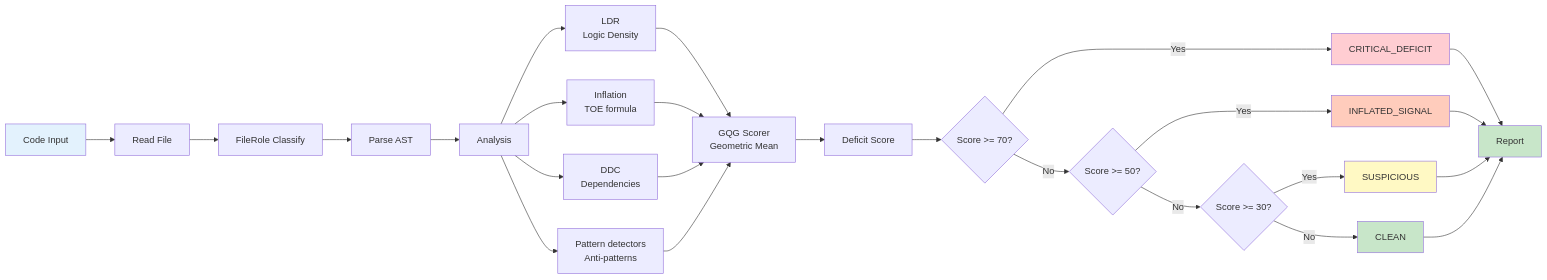
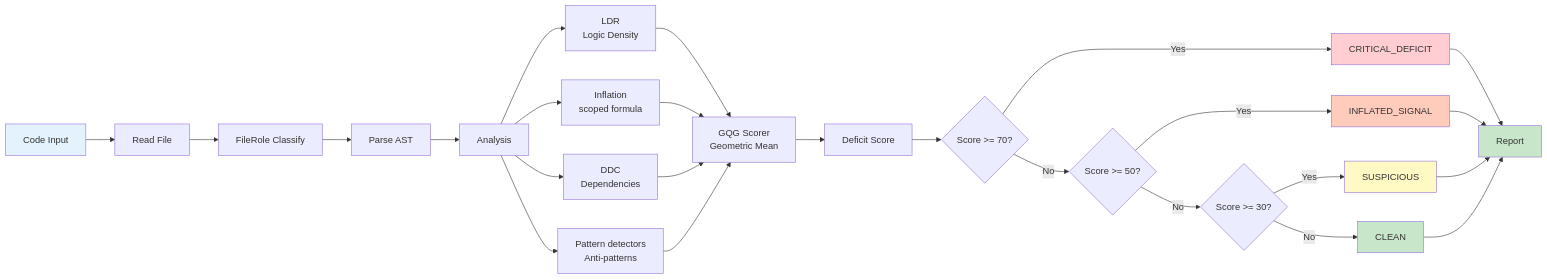
The second of 14 diagrams in docs/HOW_IT_WORKS.md (flamehaven01/AI-SLOP-Detector), drawn with Mermaid before and after one commit. The commit also changed other lines of this file and 5 other files, not shown here.

````diff
--- a/docs/HOW_IT_WORKS.md
+++ b/docs/HOW_IT_WORKS.md
@@ -68,39 +68,39 @@
 ```mermaid
 flowchart LR
     A[Code Input] --> B[Read File]
     B --> RC[FileRole Classify]
     RC --> C[Parse AST]
     C --> D[Analysis]
 
     D --> E1[LDR<br/>Logic Density]
-    D --> E2[Inflation<br/>TOE formula]
+    D --> E2[Inflation<br/>scoped formula]
     D --> E3[DDC<br/>Dependencies]
     D --> E4[Pattern detectors<br/>Anti-patterns]
 
     E1 --> F[GQG Scorer<br/>Geometric Mean]
     E2 --> F
     E3 --> F
     E4 --> F
 
     F --> G[Deficit Score]
     G --> H{Score >= 70?}
 
     H -->|Yes| I[CRITICAL_DEFICIT]
     H -->|No| J{Score >= 50?}
     J -->|Yes| JJ[INFLATED_SIGNAL]
     J -->|No| K{Score >= 30?}
     K -->|Yes| KK[SUSPICIOUS]
     K -->|No| L[CLEAN]
 
     I --> M[Report]
     JJ --> M
     KK --> M
     L --> M
 
     style A fill:#e3f2fd
     style M fill:#c8e6c9
     style I fill:#ffcdd2
     style JJ fill:#ffccbc
     style KK fill:#fff9c4
     style L fill:#c8e6c9
 ```
````
